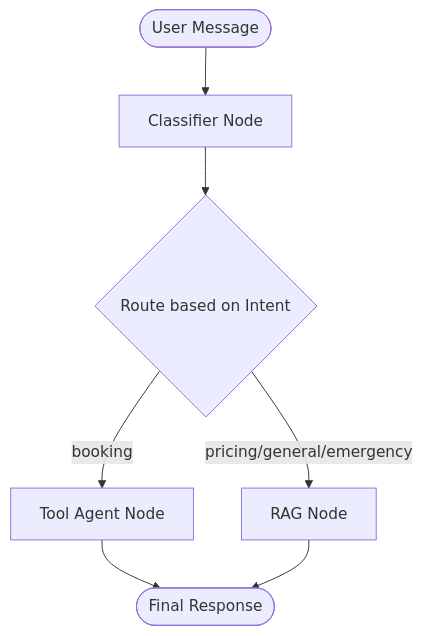
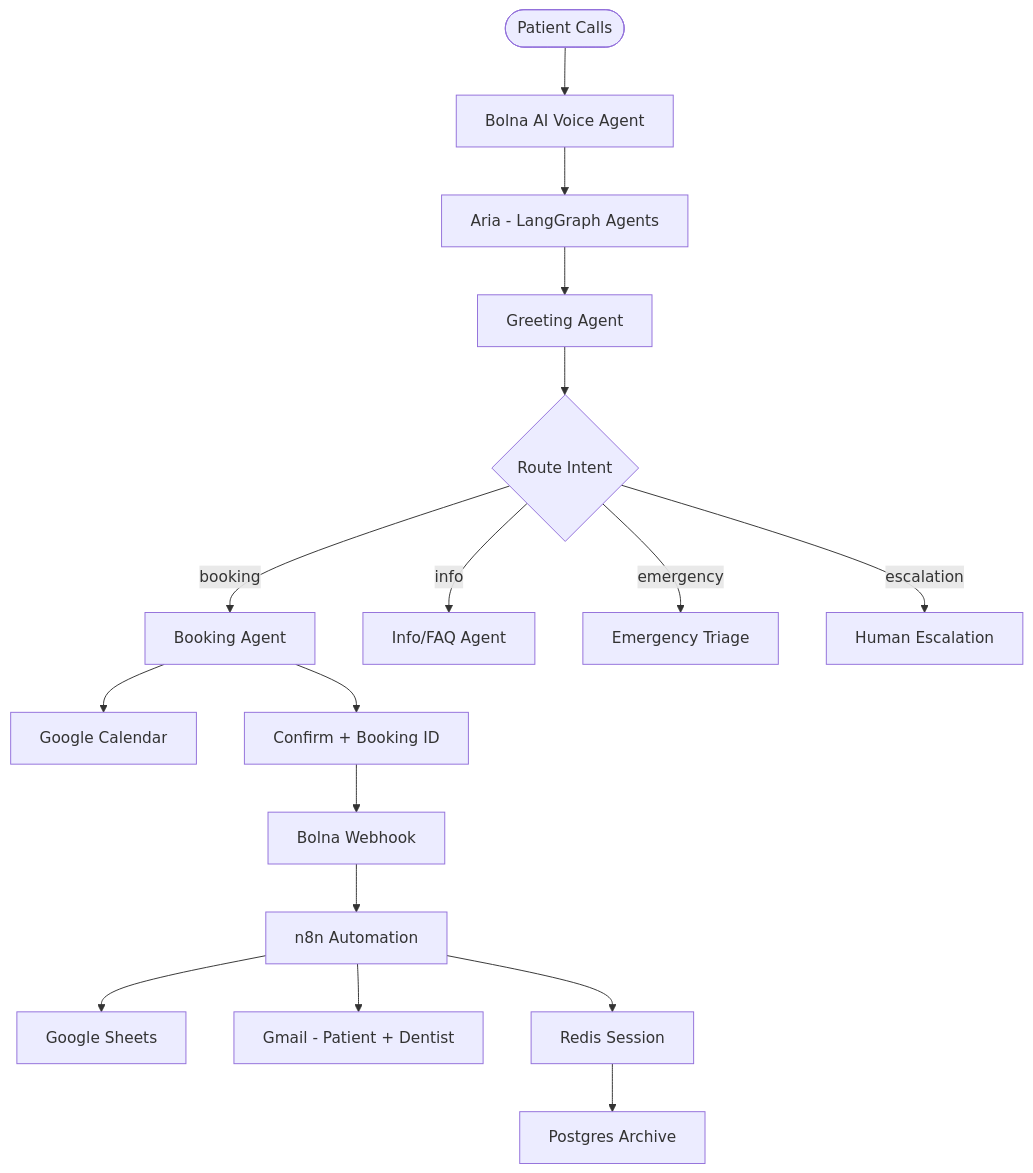
The diagram in README.md (LokeshGaddam14/ai-automation-engineer-journey), drawn with Mermaid before and after one commit. The commit also changed other lines of this file and 22 other files, not shown here.

````diff
--- a/README.md
+++ b/README.md
@@ -24,9 +29,19 @@
 ```mermaid
 graph TD
-    User([User Message]) --> Classifier[Classifier Node]
-    Classifier --> Route{Route based on Intent}
-    Route -- booking --> ToolAgent[Tool Agent Node]
-    Route -- pricing/general/emergency --> RAG[RAG Node]
-    ToolAgent --> End([Final Response])
-    RAG --> End
+    Patient([Patient Calls]) --> Bolna[Bolna AI Voice Agent]
+    Bolna --> Aria[Aria - LangGraph Agents]
+    Aria --> Greeting[Greeting Agent]
+    Greeting --> Route{Route Intent}
+    Route -- booking --> Booking[Booking Agent]
+    Route -- info --> Info[Info/FAQ Agent]
+    Route -- emergency --> Emergency[Emergency Triage]
+    Route -- escalation --> Human[Human Escalation]
+    Booking --> Calendar[Google Calendar]
+    Booking --> Confirm[Confirm + Booking ID]
+    Confirm --> Webhook[Bolna Webhook]
+    Webhook --> n8n[n8n Automation]
+    n8n --> Sheets[Google Sheets]
+    n8n --> Gmail[Gmail - Patient + Dentist]
+    n8n --> Redis[Redis Session]
+    Redis --> Postgres[Postgres Archive]
 ```
````
